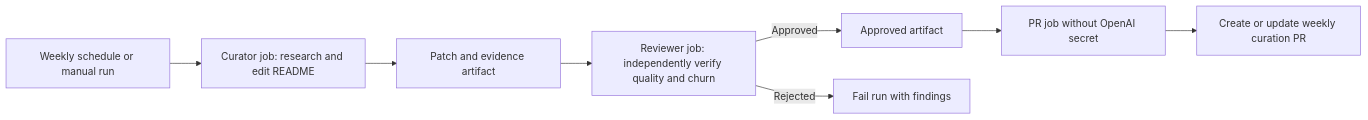
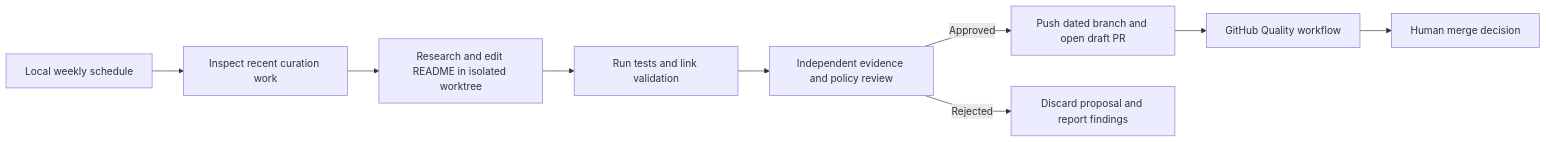
One commit to owainlewis/awesome-artificial-intelligence changed the diagram in docs/weekly-curation/design.md. Above: the diagram before and after it, drawn with Mermaid. The commit also changed other lines of this file and 2 other files, not shown here.

Commit message:
ci: move AI curation to local automation (#271)

````diff
--- a/docs/weekly-curation/design.md
+++ b/docs/weekly-curation/design.md
@@ -89,10 +89,11 @@
 ```mermaid
 flowchart LR
-    A["Weekly schedule or manual run"] --> B["Curator job: research and edit README"]
-    B --> C["Patch and evidence artifact"]
-    C --> D["Reviewer job: independently verify quality and churn"]
-    D -->|Approved| E["Approved artifact"]
-    D -->|Rejected| F["Fail run with findings"]
-    E --> G["PR job without OpenAI secret"]
-    G --> H["Create or update weekly curation PR"]
+    A["Local weekly schedule"] --> B["Inspect recent curation work"]
+    B --> C["Research and edit README in isolated worktree"]
+    C --> D["Run tests and link validation"]
+    D --> E["Independent evidence and policy review"]
+    E -->|Approved| F["Push dated branch and open draft PR"]
+    E -->|Rejected| G["Discard proposal and report findings"]
+    F --> H["GitHub Quality workflow"]
+    H --> I["Human merge decision"]
 ```
````
